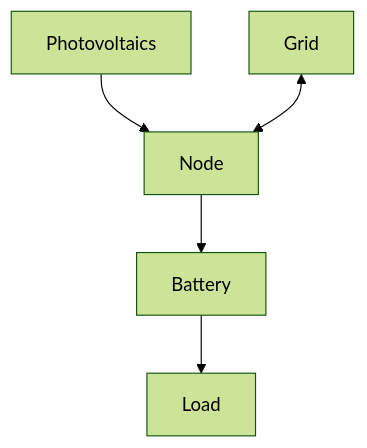
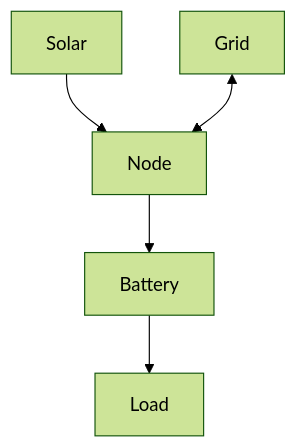
One commit to hass-energy/haeo changed the diagram in docs/user-guide/elements/index.md. Above: the diagram before and after it, drawn with Mermaid (forest theme). The commit also changed other lines of this file and 47 other files, not shown here.

Commit message:
Rename photovoltaics to solar

````diff
--- a/docs/user-guide/elements/index.md
+++ b/docs/user-guide/elements/index.md
@@ -35,7 +35,7 @@
 ```mermaid
 graph TD
-    Solar[Photovoltaics] --> Net[Node]
+    Solar[Solar] --> Net[Node]
     Grid[Grid] <--> Net
     Net --> Battery[Battery]
     Battery --> Load[Load]
 ```
````
